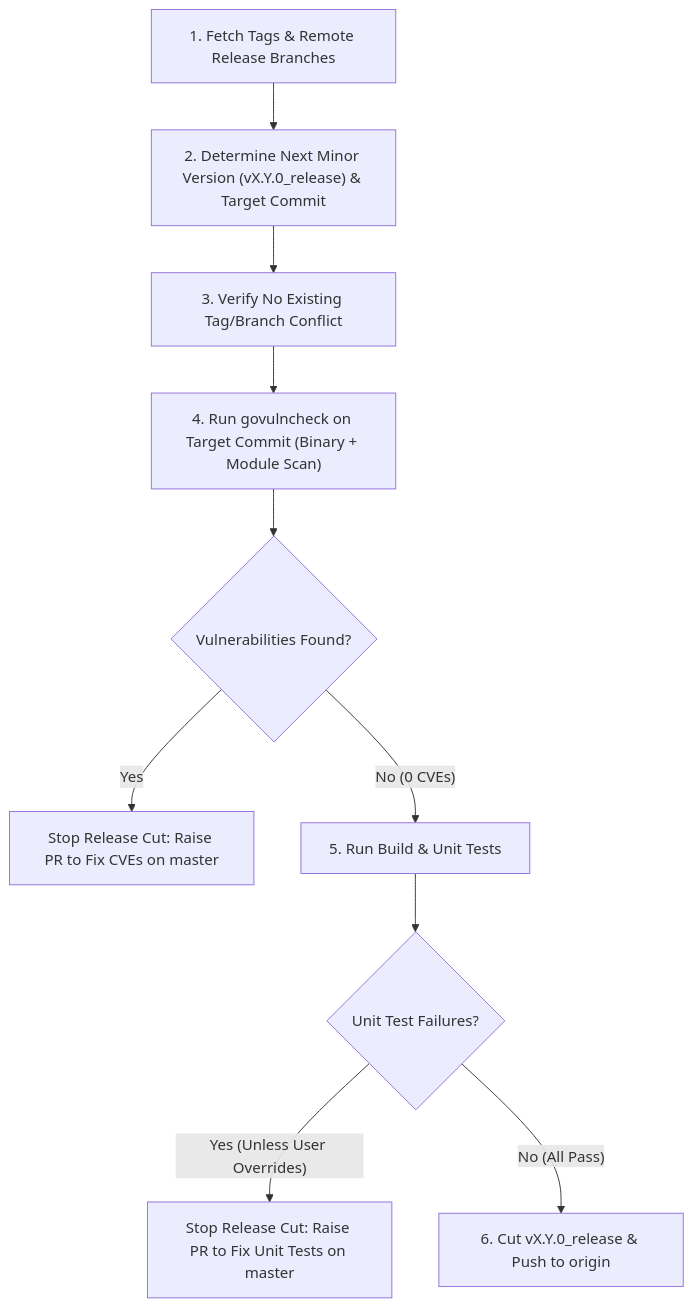
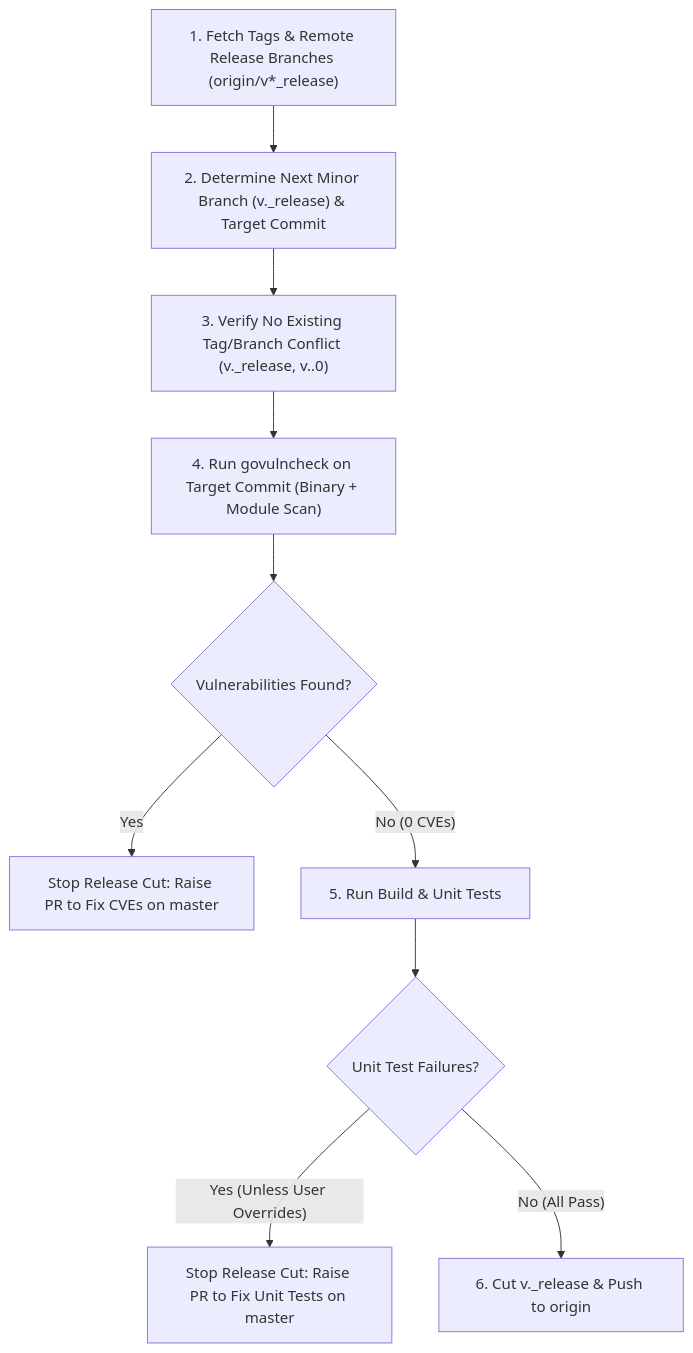
The diagram in .agents/skills/minor-release-branch/SKILL.md (GoogleCloudPlatform/gcsfuse), drawn with Mermaid before and after one commit. The commit also changed other lines of this file and 2 other files, not shown here.

Commit message:
docs(skills): incorporate vX.Y_release minor branching strategy in release skills

````diff
--- a/.agents/skills/minor-release-branch/SKILL.md
+++ b/.agents/skills/minor-release-branch/SKILL.md
@@ -19,12 +33,12 @@
 ```mermaid
 flowchart TD
-    A["1. Fetch Tags & Remote Release Branches"] --> B["2. Determine Next Minor Version (vX.Y.0_release) & Target Commit"]
-    B --> C["3. Verify No Existing Tag/Branch Conflict"]
+    A["1. Fetch Tags & Remote Release Branches (origin/v*_release)"] --> B["2. Determine Next Minor Branch (v<major>.<minor>_release) & Target Commit"]
+    B --> C["3. Verify No Existing Tag/Branch Conflict (v<major>.<minor>_release, v<major>.<minor>.0)"]
     C --> D["4. Run govulncheck on Target Commit (Binary + Module Scan)"]
     D --> E{"Vulnerabilities Found?"}
     E -- "Yes" --> F["Stop Release Cut: Raise PR to Fix CVEs on master"]
     E -- "No (0 CVEs)" --> G["5. Run Build & Unit Tests"]
     G --> H{"Unit Test Failures?"}
     H -- "Yes (Unless User Overrides)" --> I["Stop Release Cut: Raise PR to Fix Unit Tests on master"]
-    H -- "No (All Pass)" --> J["6. Cut vX.Y.0_release & Push to origin"]
+    H -- "No (All Pass)" --> J["6. Cut v<major>.<minor>_release & Push to origin"]
 ```
````
